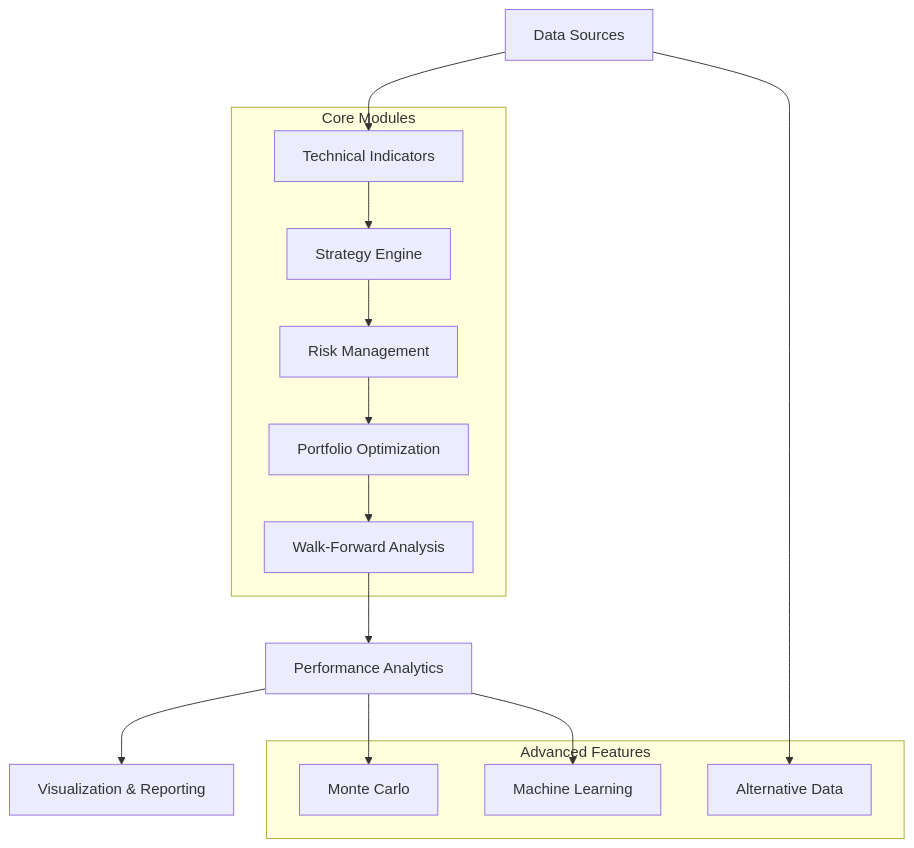
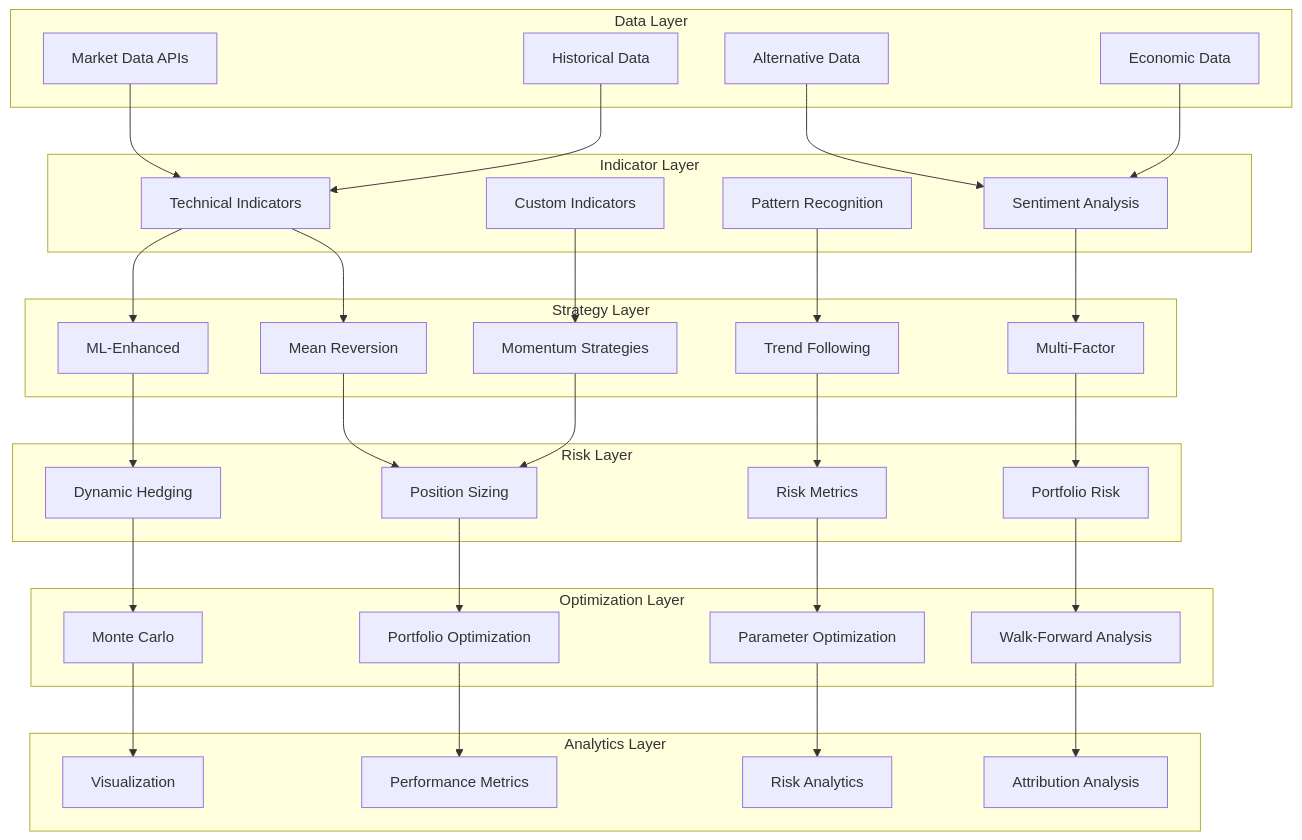
Before and after one commit to olaitanojo/Trading-strategy-backtester: the first of 3 diagrams in README.md, drawn with Mermaid. The commit also changed other lines of this file, not shown here.

Commit message:
🚀 Enhanced architecture diagrams with comprehensive system overview
- Added detailed 6-layer system architecture (Data, Indicator, Strategy, Risk, Optimization, Analytics)
- Included backtesting engine sequence diagram showing complete workflow
- Added strategy framework class diagram with inheritance relationships
- Enhanced visual representation of data flow and component interactions
- Improved architectural documentation while maintaining existing comprehensive features

````diff
--- a/README.md
+++ b/README.md
@@ -55,28 +56,72 @@
 ```mermaid
 graph TB
-    A[Data Sources] --> B[Technical Indicators]
-    B --> C[Strategy Engine]
-    C --> D[Risk Management]
-    D --> E[Portfolio Optimization]
-    E --> F[Walk-Forward Analysis]
-    F --> G[Performance Analytics]
-    G --> H[Visualization & Reporting]
-    
-    subgraph "Core Modules"
-        B
-        C
-        D
-        E
-        F
+    subgraph "Data Layer"
+        A1[Market Data APIs]
+        A2[Historical Data]
+        A3[Alternative Data]
+        A4[Economic Data]
     end
     
-    subgraph "Advanced Features"
-        I[Monte Carlo]
-        J[Machine Learning]
-        K[Alternative Data]
+    subgraph "Indicator Layer"
+        B1[Technical Indicators]
+        B2[Custom Indicators]
+        B3[Pattern Recognition]
+        B4[Sentiment Analysis]
     end
     
-    G --> I
-    G --> J
-    A --> K
+    subgraph "Strategy Layer"
+        C1[Mean Reversion]
+        C2[Momentum Strategies]
+        C3[Trend Following]
+        C4[Multi-Factor]
+        C5[ML-Enhanced]
+    end
+    
+    subgraph "Risk Layer"
+        D1[Position Sizing]
+        D2[Risk Metrics]
+        D3[Portfolio Risk]
+        D4[Dynamic Hedging]
+    end
+    
+    subgraph "Optimization Layer"
+        E1[Portfolio Optimization]
+        E2[Parameter Optimization]
+        E3[Walk-Forward Analysis]
+        E4[Monte Carlo]
+    end
+    
+    subgraph "Analytics Layer"
+        F1[Performance Metrics]
+        F2[Risk Analytics]
+        F3[Attribution Analysis]
+        F4[Visualization]
+    end
+    
+    A1 --> B1
+    A2 --> B1
+    A3 --> B4
+    A4 --> B4
+    
+    B1 --> C1
+    B2 --> C2
+    B3 --> C3
+    B4 --> C4
+    B1 --> C5
+    
+    C1 --> D1
+    C2 --> D1
+    C3 --> D2
+    C4 --> D3
+    C5 --> D4
+    
+    D1 --> E1
+    D2 --> E2
+    D3 --> E3
+    D4 --> E4
+    
+    E1 --> F1
+    E2 --> F2
+    E3 --> F3
+    E4 --> F4
 ```
````
